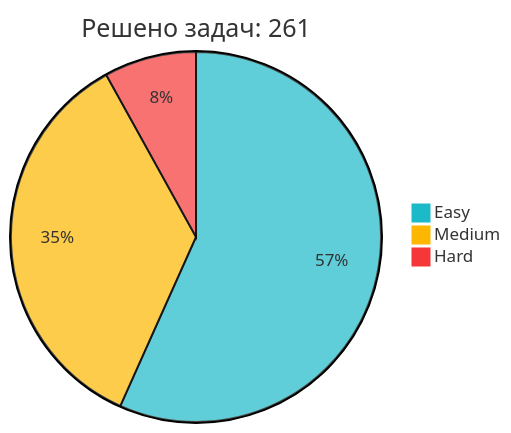
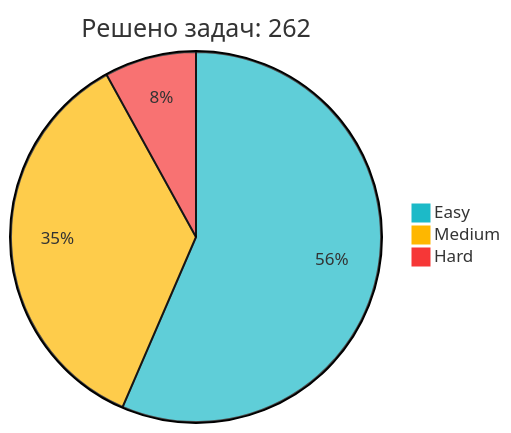
The diagram in README.md (IliaKurdukov/IliaKurdukov), drawn with Mermaid before and after one commit. The commit also changed other lines of this file, not shown here.

Commit message:
📈 Обновление статистики LeetCode

````diff
--- a/README.md
+++ b/README.md
@@ -51,7 +51,7 @@
 ```mermaid
 %%{init: {'theme': 'base', 'themeVariables': { 'pie1': '#1CBAC8', 'pie2': '#FEB700', 'pie3': '#F63737' }, 'config': {'width': 300, 'height': 200}}}%%
-pie title Решено задач: 261
+pie title Решено задач: 262
    "Easy" : 148
-   "Medium" : 92
+   "Medium" : 93
    "Hard" : 21
 ```
````
